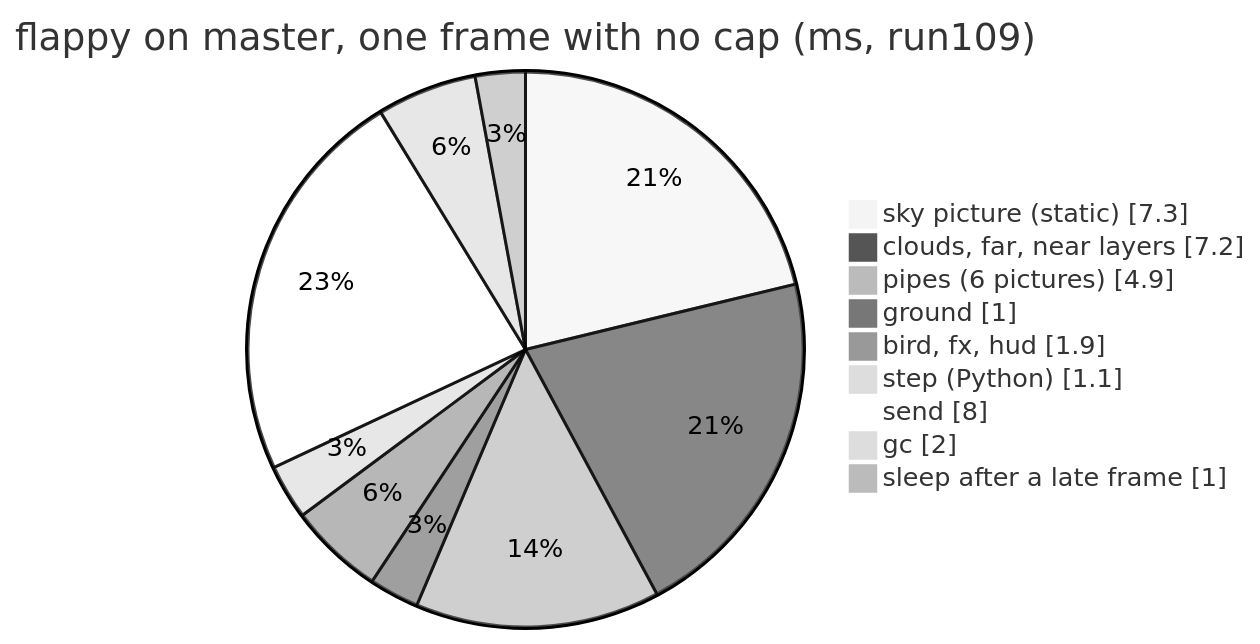
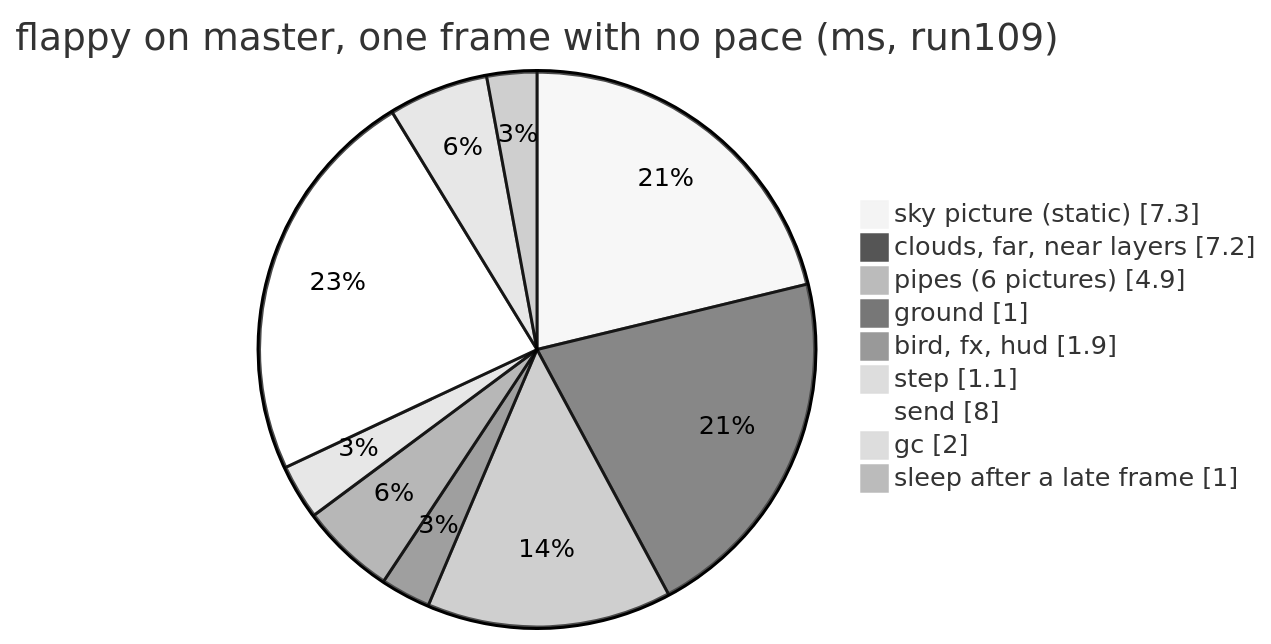
Before and after one commit to xmejkal/pixel-games: the diagram in docs/discovery/2026-11-05-p612-frame-time/README.md, drawn with Mermaid (neutral theme). The commit also changed other lines of this file and 4 other files, not shown here.

First line of the commit message:
P612 review fixes: R3d shows the redraw path is not P604's cause (the heap is), one word per meaning (pace, dt cap), trimmed ranges, the background pass's arithmetic, probe run lines

````diff
--- a/docs/discovery/2026-11-05-p612-frame-time/README.md
+++ b/docs/discovery/2026-11-05-p612-frame-time/README.md
@@ -15,12 +17,12 @@
 ```mermaid
-pie showData title flappy on master, one frame with no cap (ms, run109)
+pie showData title flappy on master, one frame with no pace (ms, run109)
   "sky picture (static)" : 7.3
   "clouds, far, near layers" : 7.2
   "pipes (6 pictures)" : 4.9
   "ground" : 1.0
   "bird, fx, hud" : 1.9
-  "step (Python)" : 1.1
+  "step" : 1.1
   "send" : 8.0
   "gc" : 2.0
   "sleep after a late frame" : 1.0
 ```
````
